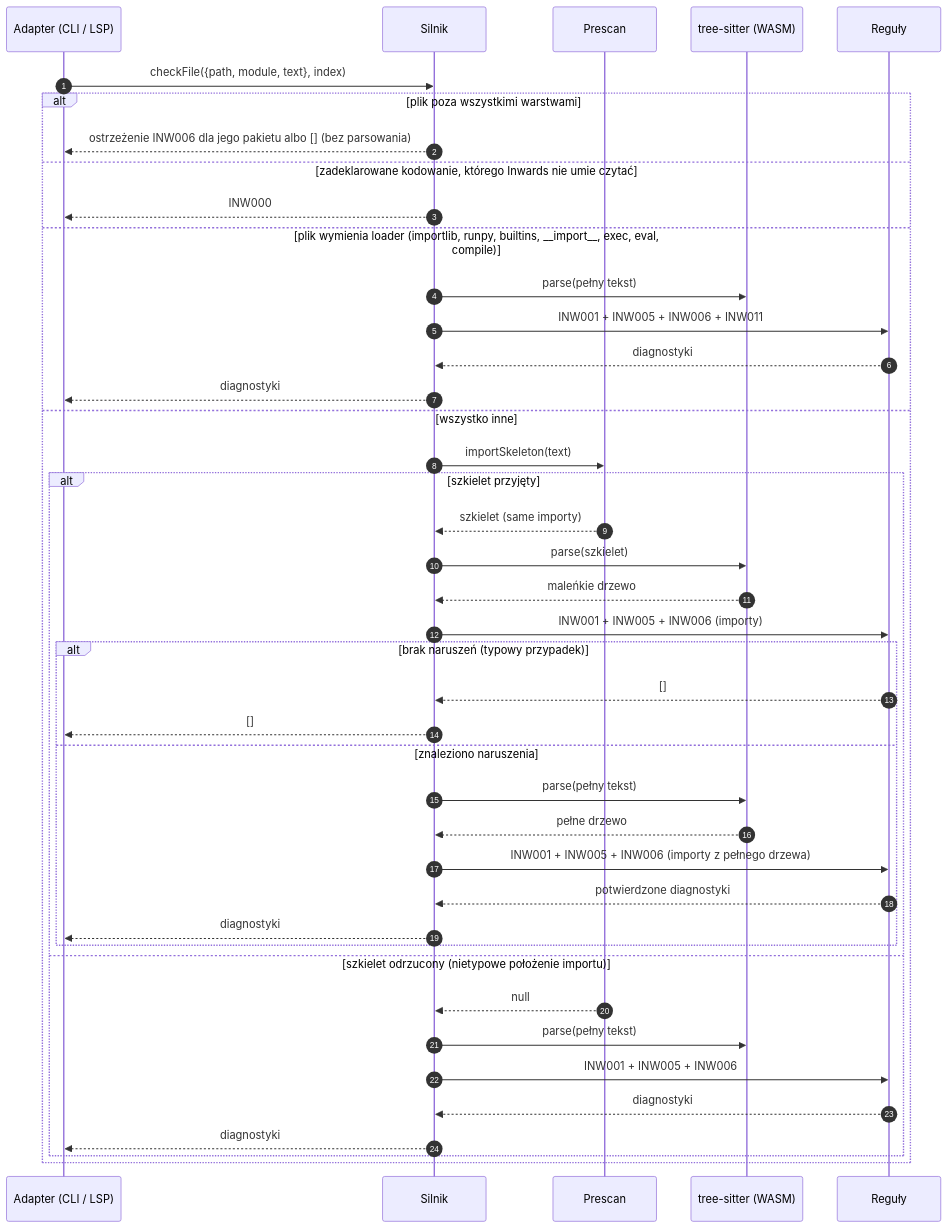
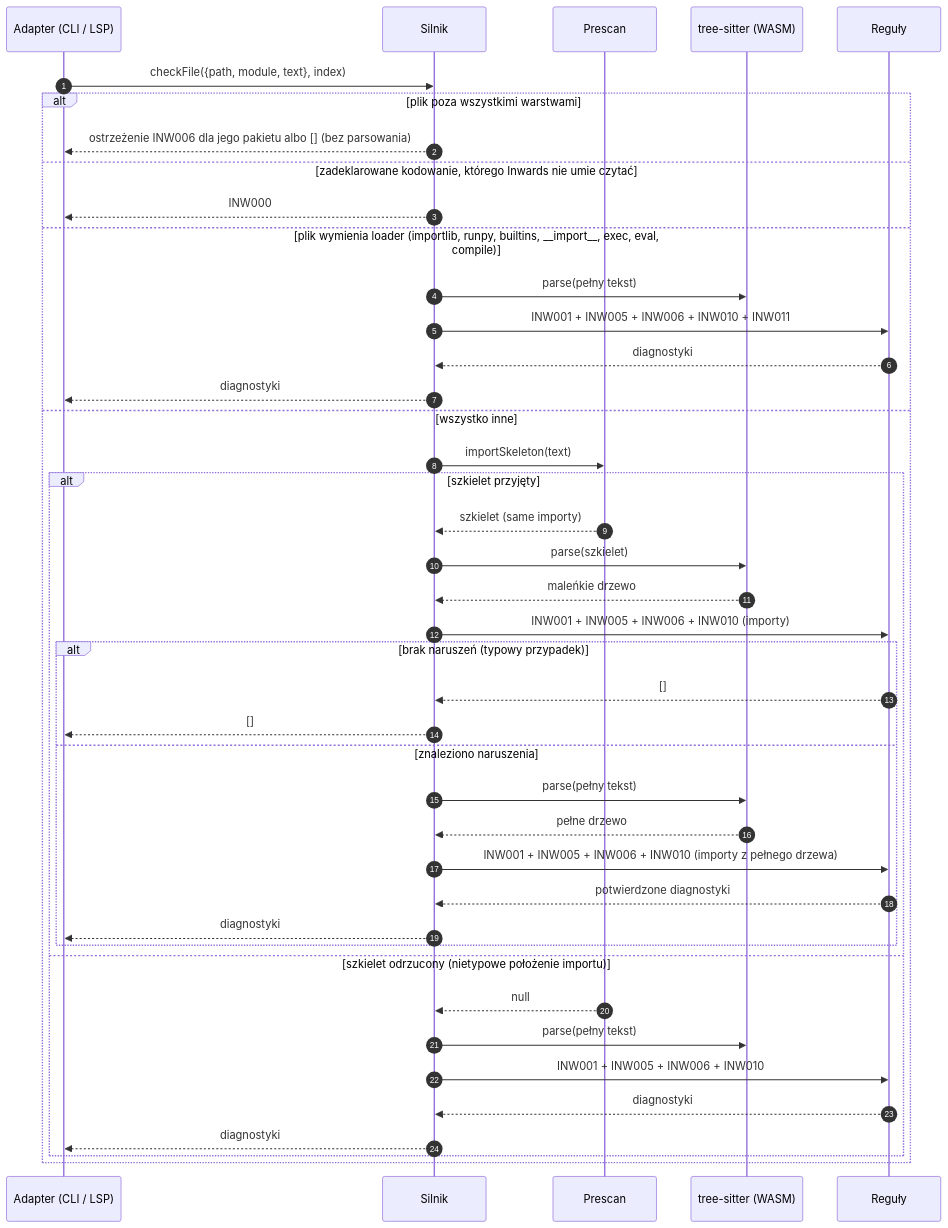
One commit to SirCypkowskyy/inwards changed the fourth of 6 diagrams in docs/pl/03-Architecture-C4.md. Above: the diagram before and after it, drawn with Mermaid. The commit also changed other lines of this file and 33 other files, not shown here.

````diff
--- a/docs/pl/03-Architecture-C4.md
+++ b/docs/pl/03-Architecture-C4.md
@@ -152,45 +152,45 @@
 ```mermaid
 sequenceDiagram
     autonumber
     participant A as Adapter (CLI / LSP)
     participant E as Silnik
     participant P as Prescan
     participant T as tree-sitter (WASM)
     participant R as Reguły
 
     A->>E: checkFile({path, module, text}, index)
     alt plik poza wszystkimi warstwami
         E-->>A: ostrzeżenie INW006 dla jego pakietu albo [] (bez parsowania)
     else zadeklarowane kodowanie, którego Inwards nie umie czytać
         E-->>A: INW000
     else plik wymienia loader (importlib, runpy, builtins, __import__, exec, eval, compile)
         E->>T: parse(pełny tekst)
-        E->>R: INW001 + INW005 + INW006 + INW011
+        E->>R: INW001 + INW005 + INW006 + INW010 + INW011
         R-->>E: diagnostyki
         E-->>A: diagnostyki
     else wszystko inne
         E->>P: importSkeleton(text)
         alt szkielet przyjęty
             P-->>E: szkielet (same importy)
             E->>T: parse(szkielet)
             T-->>E: maleńkie drzewo
-            E->>R: INW001 + INW005 + INW006 (importy)
+            E->>R: INW001 + INW005 + INW006 + INW010 (importy)
             alt brak naruszeń (typowy przypadek)
                 R-->>E: []
                 E-->>A: []
             else znaleziono naruszenia
                 E->>T: parse(pełny tekst)
                 T-->>E: pełne drzewo
-                E->>R: INW001 + INW005 + INW006 (importy z pełnego drzewa)
+                E->>R: INW001 + INW005 + INW006 + INW010 (importy z pełnego drzewa)
                 R-->>E: potwierdzone diagnostyki
                 E-->>A: diagnostyki
             end
         else szkielet odrzucony (nietypowe położenie importu)
             P-->>E: null
             E->>T: parse(pełny tekst)
-            E->>R: INW001 + INW005 + INW006
+            E->>R: INW001 + INW005 + INW006 + INW010
             R-->>E: diagnostyki
             E-->>A: diagnostyki
         end
     end
 ```
````
